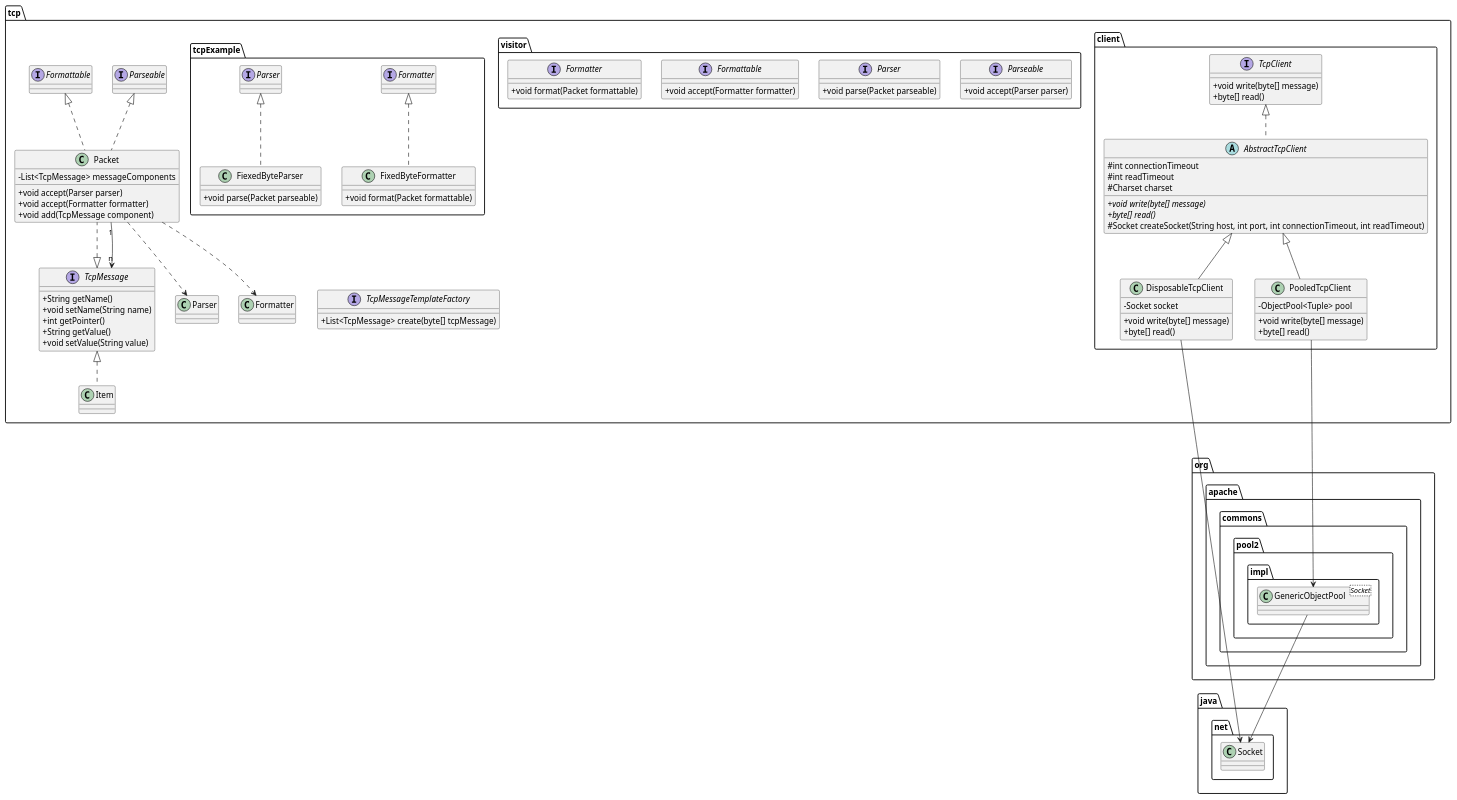
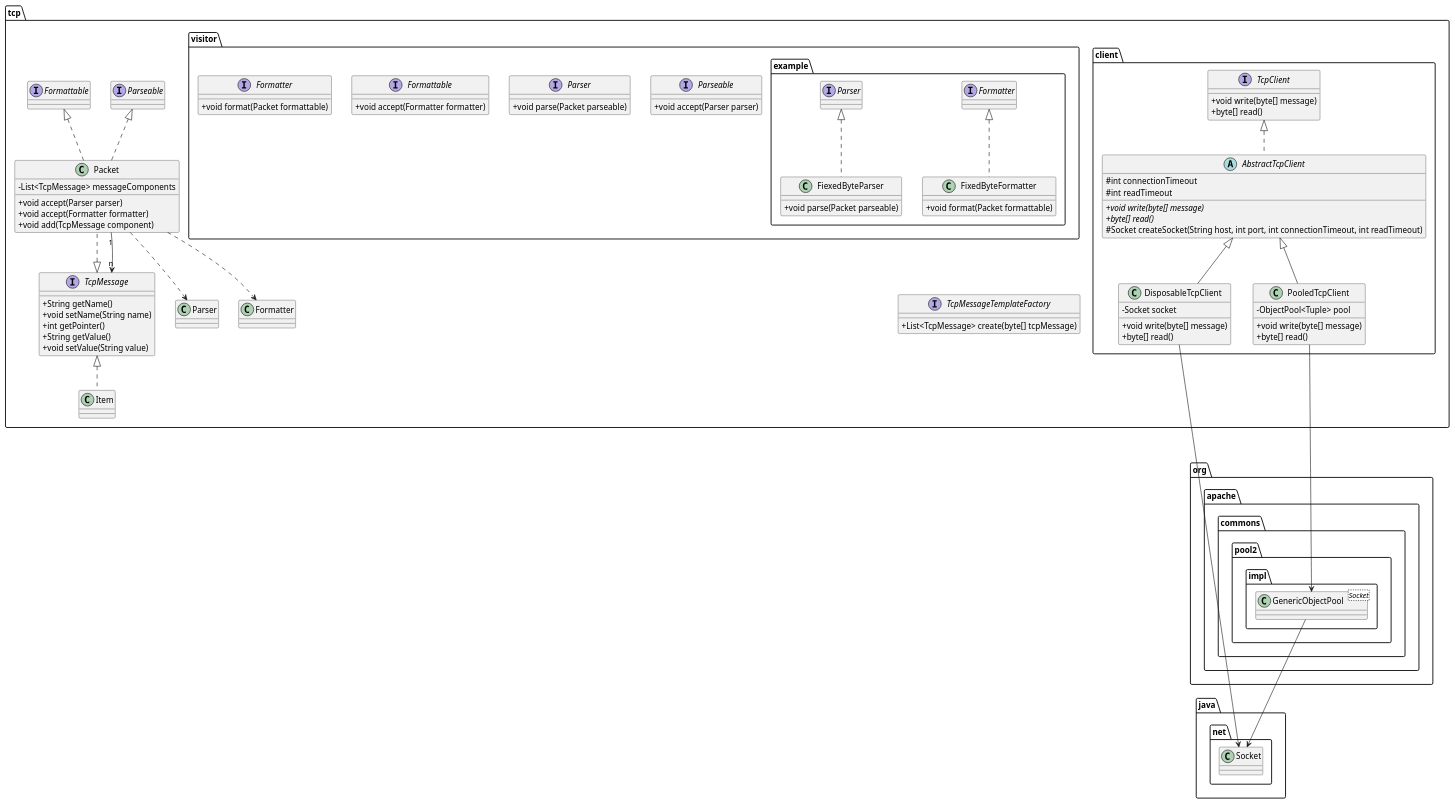
Before and after one commit to meshkorea/vroong-tcplibrary: the diagram in docs/tcp-client.puml, drawn with PlantUML. The commit also changed 7 other files, not shown here.

```diff
--- a/docs/tcp-client.puml
+++ b/docs/tcp-client.puml
@@ -1,107 +1,106 @@
 @startuml
 
 skinparam ClassAttributeIconSize 0
 
 package tcp {
     package client {
         interface TcpClient {
             + void write(byte[] message)
             + byte[] read()
         }
 
         abstract AbstractTcpClient implements TcpClient {
             # int connectionTimeout
             # int readTimeout
-            # Charset charset
 
             + {abstract} void write(byte[] message)
             + {abstract} byte[] read()
             # Socket createSocket(String host, int port, int connectionTimeout, int readTimeout)
         }
 
         class DisposableTcpClient extends AbstractTcpClient {
             - Socket socket
             + void write(byte[] message)
             + byte[] read()
         }
 
         class PooledTcpClient extends AbstractTcpClient {
             - ObjectPool<Tuple> pool
             + void write(byte[] message)
             + byte[] read()
         }
     }
 
     package visitor {
         interface Formattable {
             + void accept(Formatter formatter)
         }
 
         interface Formatter {
             + void format(Packet formattable)
         }
 
         interface Parseable {
             + void accept(Parser parser)
         }
 
         interface Parser {
             + void parse(Packet parseable)
         }
 
         Parseable -[hidden]left-> Parser
-    }
 
-    package tcpExample {
-        class FixedByteFormatter implements Formatter {
-            + void format(Packet formattable)
-        }
-        class FiexedByteParser implements Parser {
-            + void parse(Packet parseable)
-        }
+        package example {
+                class FixedByteFormatter implements Formatter {
+                    + void format(Packet formattable)
+                }
+                class FiexedByteParser implements Parser {
+                    + void parse(Packet parseable)
+                }
+            }
     }
 
     Packet -[hidden]down-> TcpMessage
 
     interface TcpMessage {
         + String getName()
         + void setName(String name)
         + int getPointer()
         + String getValue()
         + void setValue(String value)
     }
 
     interface TcpMessageTemplateFactory {
         + List<TcpMessage> create(byte[] tcpMessage)
     }
 
     class Packet implements Parseable, Formattable, TcpMessage {
         - List<TcpMessage> messageComponents
         + void accept(Parser parser)
         + void accept(Formatter formatter)
         + void add(TcpMessage component)
     }
 
     class Item implements TcpMessage {
     }
 
     Packet ..> Parser
     Packet ..> Formatter
     Packet "1"-down->"n" TcpMessage
 }
 
 package org.apache.commons.pool2.impl {
     class GenericObjectPool<Socket>
 }
 
 package java.net {
     class Socket
 }
 
 DisposableTcpClient -down-> Socket
 PooledTcpClient --down--> GenericObjectPool
 GenericObjectPool -down-> Socket
 
 FixedByteFormatter -[hidden]down-> TcpMessageTemplateFactory
 
 @enduml
```
